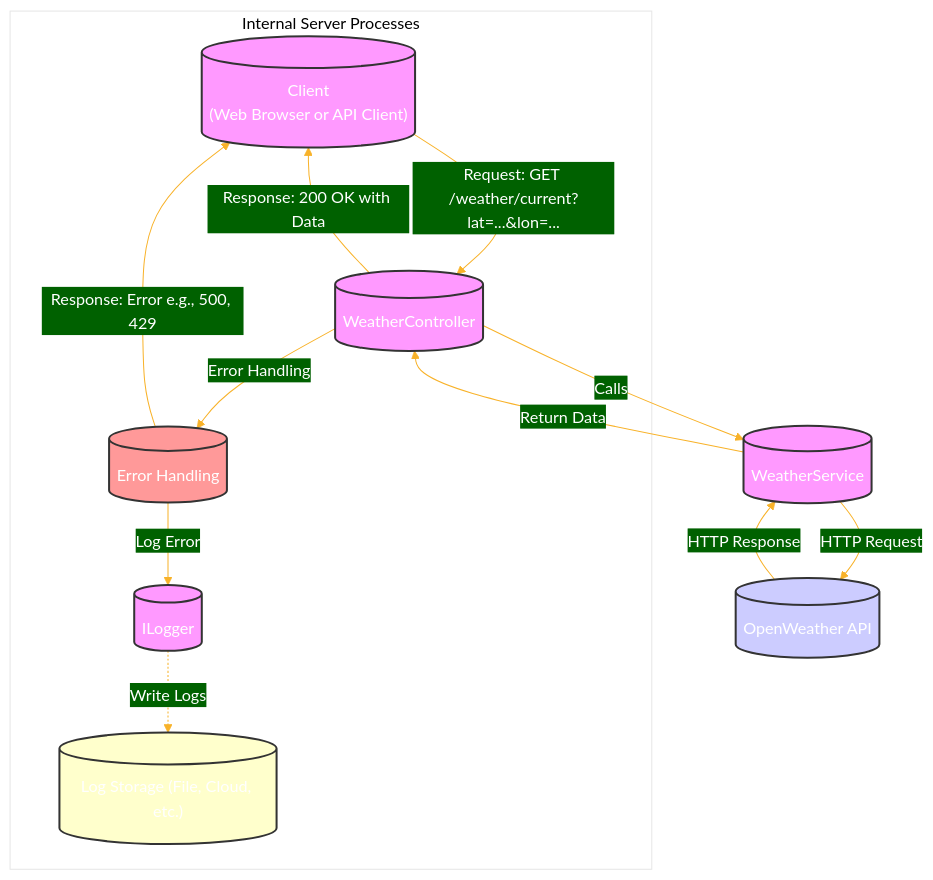
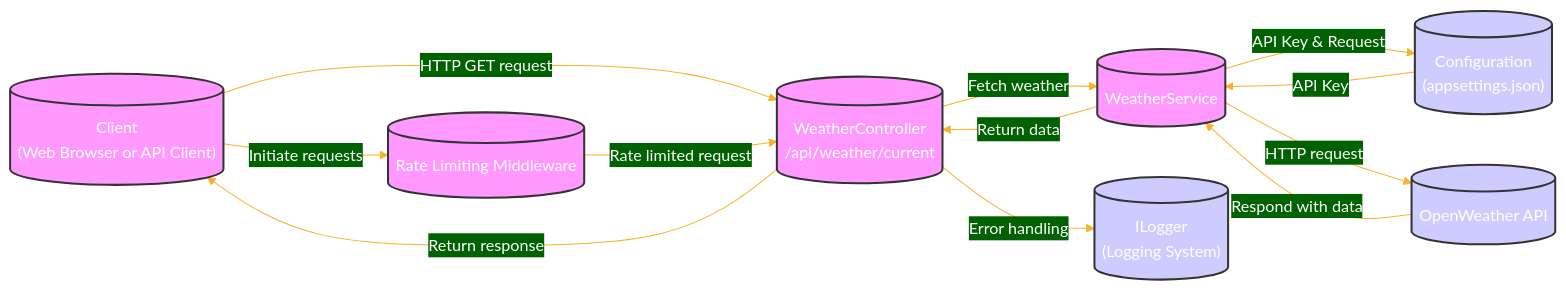
Before and after one commit to echenim/WeatherServiceAPI: the diagram in README.md, drawn with Mermaid. The commit also changed other lines of this file and 10 other files, not shown here.

````diff
--- a/README.md
+++ b/README.md
@@ -3,43 +5,47 @@
 ```mermaid
 %%{
   init: {
     'theme': 'base',
     'themeVariables': {
       'primaryColor': '#BB2528',
       'primaryTextColor': '#fff',
       'primaryBorderColor': '#7C0000',
       'lineColor': '#F8B229',
       'secondaryColor': '#006100',
       'tertiaryColor': '#fff',
       'lineWidth': 8,
       'fontSize': 30
     }
   }
 }%%
 
-graph TD;
-    client[("Client<br>(Web Browser or API Client)")] -->|Request: GET /weather/current?lat=...&lon=...| controller[("WeatherController")]
-    controller -->|Calls| weatherService[("WeatherService")]
-    weatherService -->|HTTP Request| openWeatherAPI[("OpenWeather API")]
-    openWeatherAPI -->|HTTP Response| weatherService
-    weatherService -->|Return Data| controller
-    controller -->|Response: 200 OK with Data| client
+graph LR;
+    client[("Client<br>(Web Browser or API Client)")]
+    weatherController[("WeatherController<br>/api/weather/current")]
+    weatherService[("WeatherService")]
+    openWeatherAPI[("OpenWeather API")]
+    logger[("ILogger<br>(Logging System)")]
+    config[("Configuration<br>(appsettings.json)")]
+    rateLimiter[("Rate Limiting Middleware")]
 
-    subgraph internal["Internal Server Processes"]
-    controller -->|Error Handling| errorHandler[("Error Handling")]
-    errorHandler -->|Log Error| logger[("ILogger")]
-    logger -.->|Write Logs| logStorage[("Log Storage (File, Cloud, etc.)")]
-    errorHandler -->|Response: Error e.g., 500, 429| client
-    end
+    client -->|HTTP GET request| weatherController
+    weatherController -->|Fetch weather| weatherService
+    weatherService -->|API Key & Request| config
+    config -->|API Key| weatherService
+    weatherService -->|HTTP request| openWeatherAPI
+    openWeatherAPI -->|Respond with data| weatherService
+    weatherService -->|Return data| weatherController
+    weatherController -->|Return response| client
+    weatherController -->|Error handling| logger
+    client -->|Initiate requests| rateLimiter
+    rateLimiter -->|Rate limited request| weatherController
 
     classDef default fill:#f9f,stroke:#333,stroke-width:2px;
     classDef api fill:#ccf,stroke:#333,stroke-width:2px;
     classDef storage fill:#ffc,stroke:#333,stroke-width:2px;
     classDef error fill:#f99,stroke:#333,stroke-width:2px;
 
-    class openWeatherAPI api;
-    class logStorage storage;
-    class errorHandler error;
+    class openWeatherAPI,logger,config api;
 
 
 ```
````
